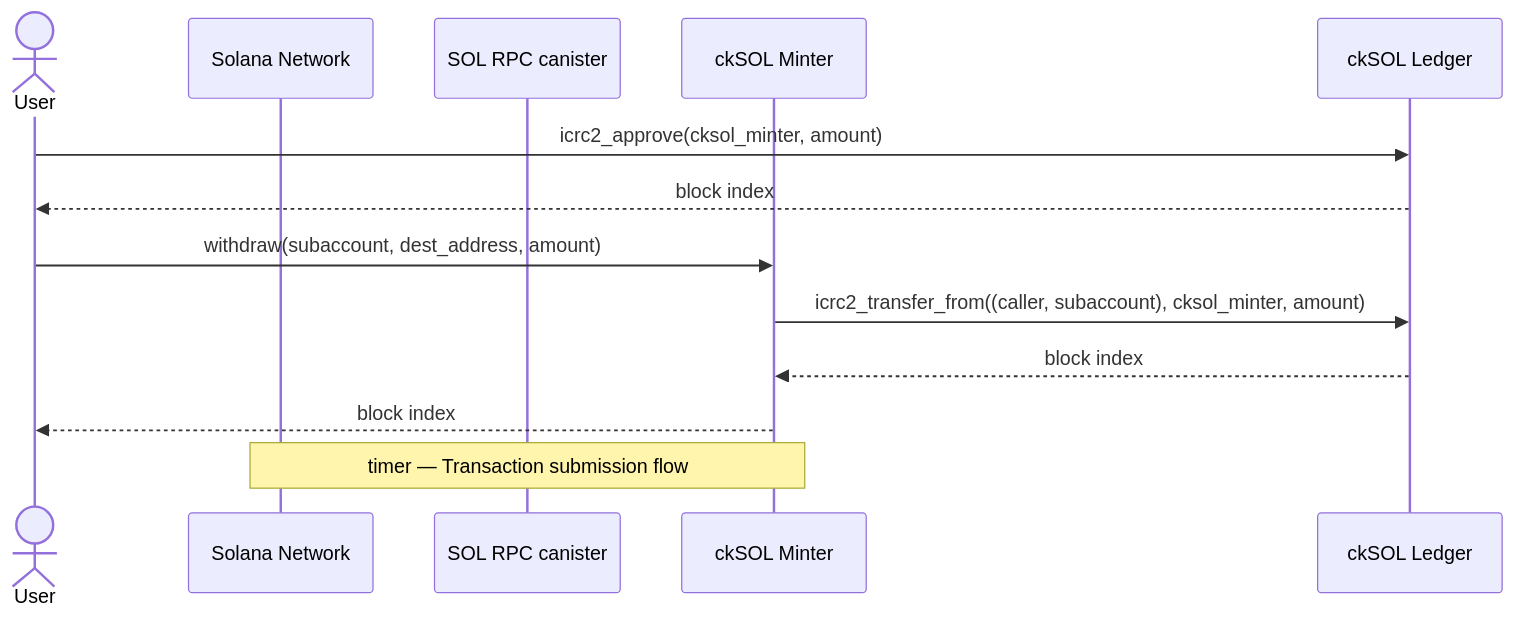
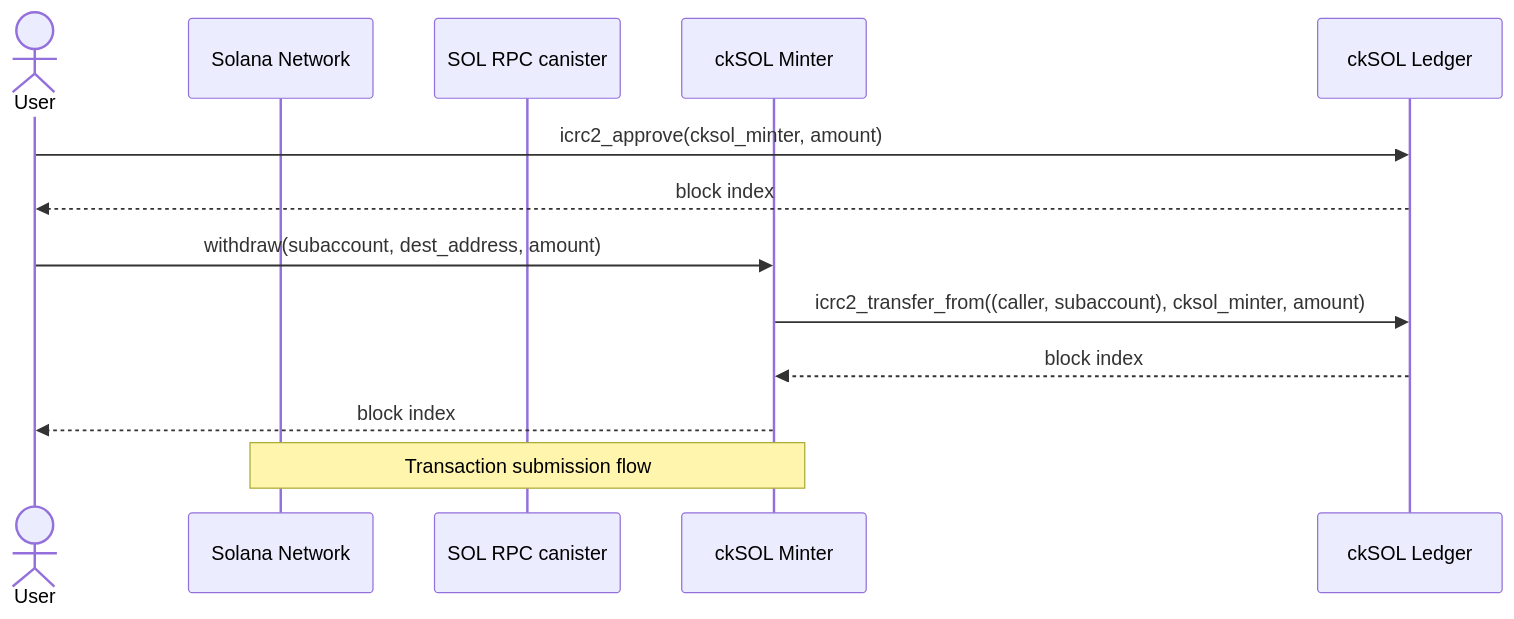
Before and after one commit to dfinity/cksol: the fourth of 6 diagrams in ARCHITECTURE.md, drawn with Mermaid. The commit also changed other lines of this file, not shown here.

````diff
--- a/ARCHITECTURE.md
+++ b/ARCHITECTURE.md
@@ -242,18 +241,18 @@
 ```mermaid
 sequenceDiagram
     actor User
     participant SN as Solana Network
     participant RPC as SOL RPC canister
     participant Minter as ckSOL Minter
     participant Ledger as ckSOL Ledger
 
     User->>Ledger: icrc2_approve(cksol_minter, amount)
     Ledger-->>User: block index
 
     User->>Minter: withdraw(subaccount, dest_address, amount)
     Minter->>Ledger: icrc2_transfer_from((caller, subaccount), cksol_minter, amount)
     Ledger-->>Minter: block index
     Minter-->>User: block index
 
-    Note over SN,Minter: timer — Transaction submission flow
+    Note over SN,Minter: Transaction submission flow
 ```
````
